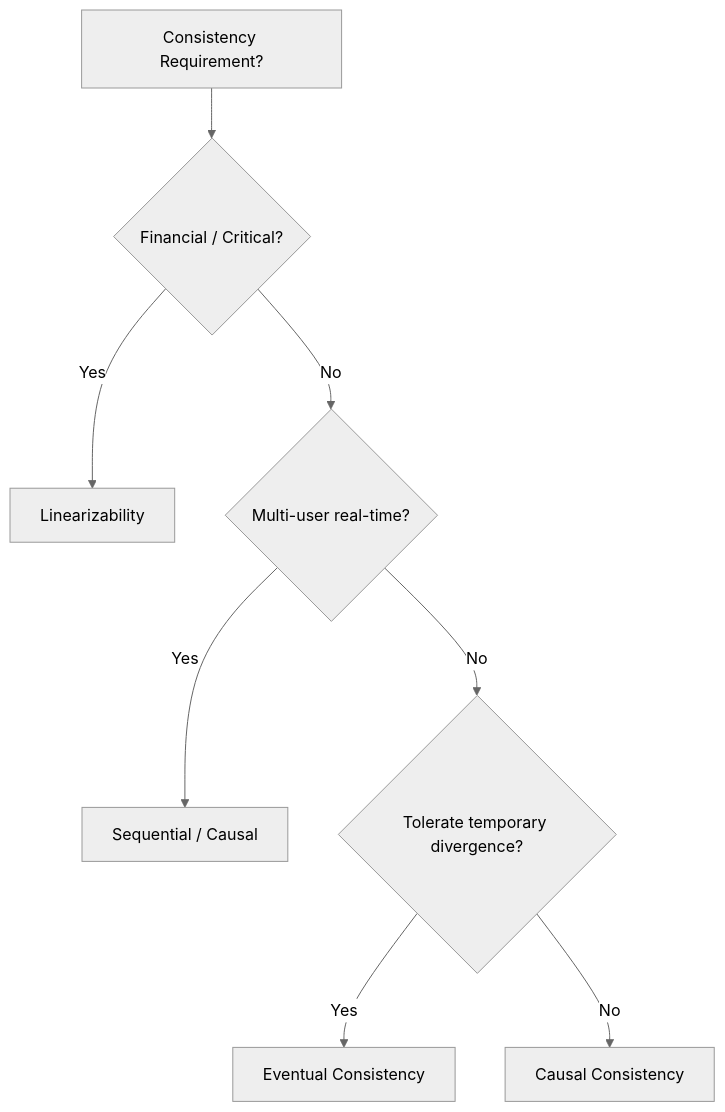
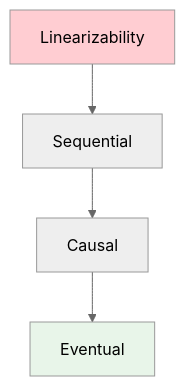
One commit to AdaMartin18010/AnalysisDataFlow changed the diagram in en/exercise-consistency-models.md. Above: the diagram before and after it, drawn with Mermaid (neutral theme). The commit also changed other lines of this file and 38 other files, not shown here.

````diff
--- a/en/exercise-consistency-models.md
+++ b/en/exercise-consistency-models.md
@@ -51,10 +62,9 @@
 ```mermaid
-flowchart TD
-    A[Consistency Requirement?] --> B{Financial / Critical?}
-    B -->|Yes| C[Linearizability]
-    B -->|No| D{Multi-user real-time?}
-    D -->|Yes| E[Sequential / Causal]
-    D -->|No| F{Tolerate temporary divergence?}
-    F -->|Yes| G[Eventual Consistency]
-    F -->|No| H[Causal Consistency]
+graph TD
+    L[Linearizability] --> S[Sequential]
+    S --> C[Causal]
+    C --> E[Eventual]
+
+    style L fill:#ffcdd2
+    style E fill:#e8f5e9
 ```
````
